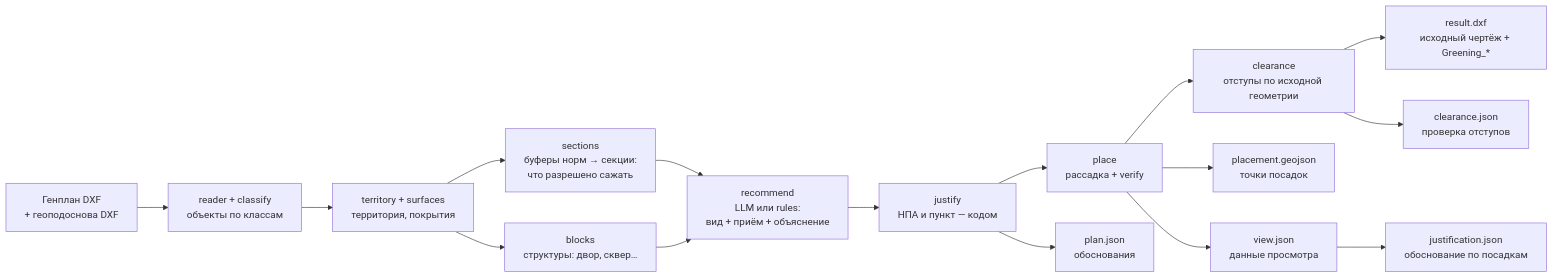
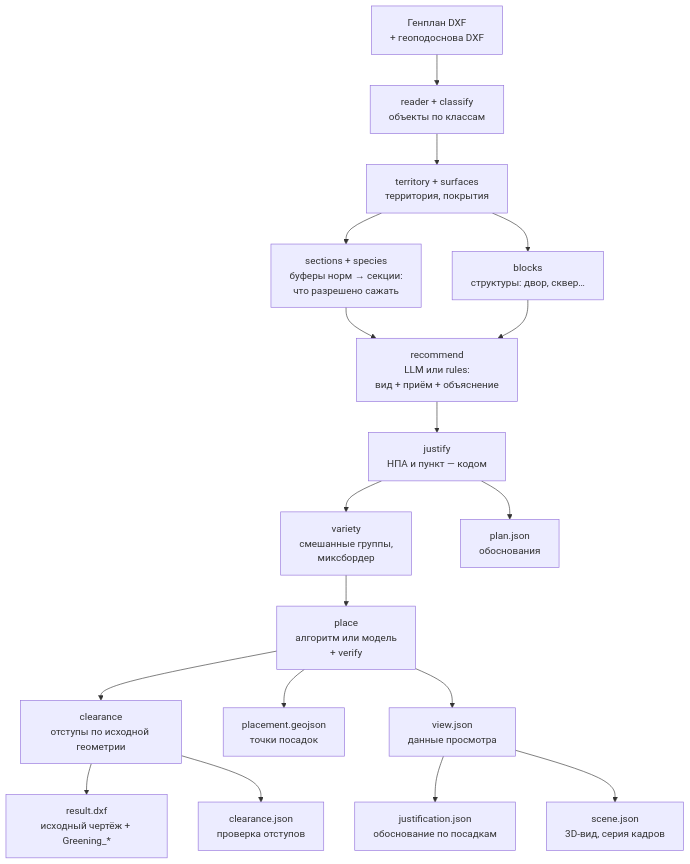
One commit to LPN1KoL/Hackaton changed the first of 3 diagrams in DOCS.md. Above: the diagram before and after it, drawn with Mermaid. The commit also changed other lines of this file and 20 other files, not shown here.

````diff
--- a/DOCS.md
+++ b/DOCS.md
@@ -51,18 +58,20 @@
 ```mermaid
-flowchart LR
+flowchart TD
     A[Генплан DXF<br/>+ геоподоснова DXF] --> B[reader + classify<br/>объекты по классам]
     B --> C[territory + surfaces<br/>территория, покрытия]
-    C --> D[sections<br/>буферы норм → секции:<br/>что разрешено сажать]
+    C --> D[sections + species<br/>буферы норм → секции:<br/>что разрешено сажать]
     C --> E[blocks<br/>структуры: двор, сквер…]
     D --> F[recommend<br/>LLM или rules:<br/>вид + приём + объяснение]
     E --> F
     F --> G[justify<br/>НПА и пункт — кодом]
-    G --> H[place<br/>рассадка + verify]
+    G --> VR[variety<br/>смешанные группы,<br/>миксбордер]
+    VR --> H[place<br/>алгоритм или модель<br/>+ verify]
     H --> CC[clearance<br/>отступы по исходной геометрии]
     CC --> I[result.dxf<br/>исходный чертёж + Greening_*]
     CC --> N[clearance.json<br/>проверка отступов]
     G --> J[plan.json<br/>обоснования]
     H --> K[placement.geojson<br/>точки посадок]
     H --> L[view.json<br/>данные просмотра]
     L --> M[justification.json<br/>обоснование по посадкам]
+    L --> SC[scene.json<br/>3D-вид, серия кадров]
 ```
````
